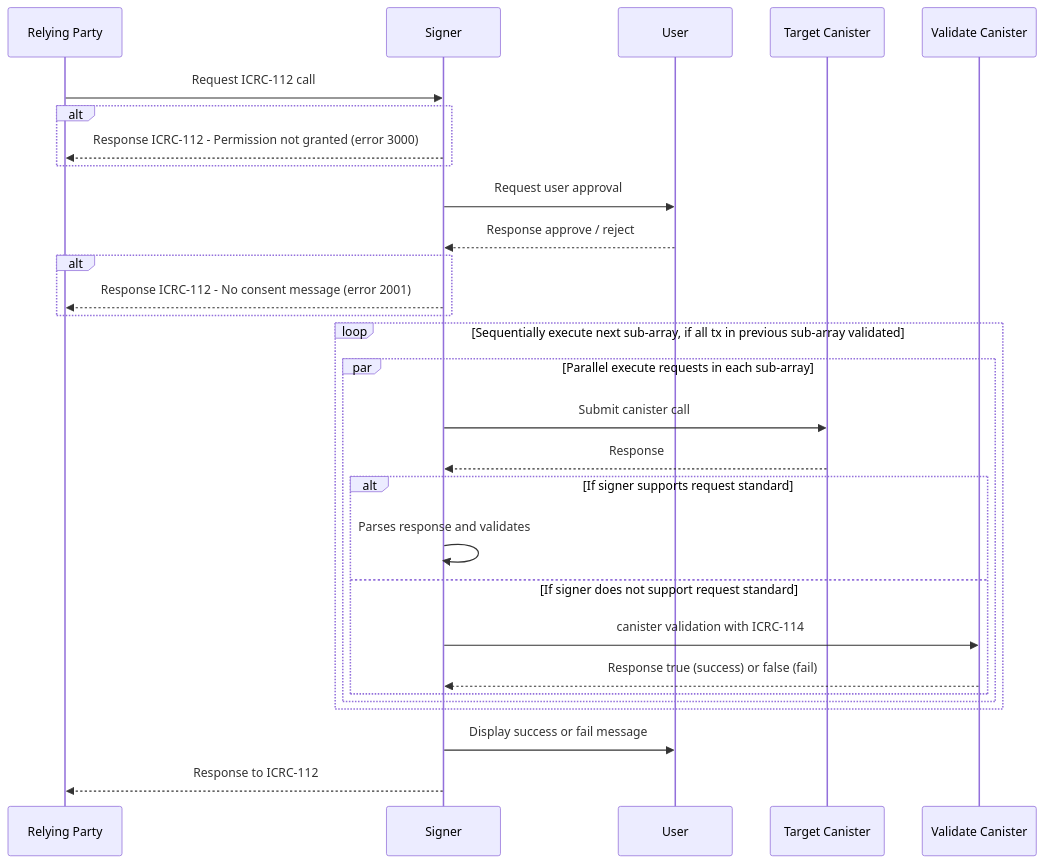
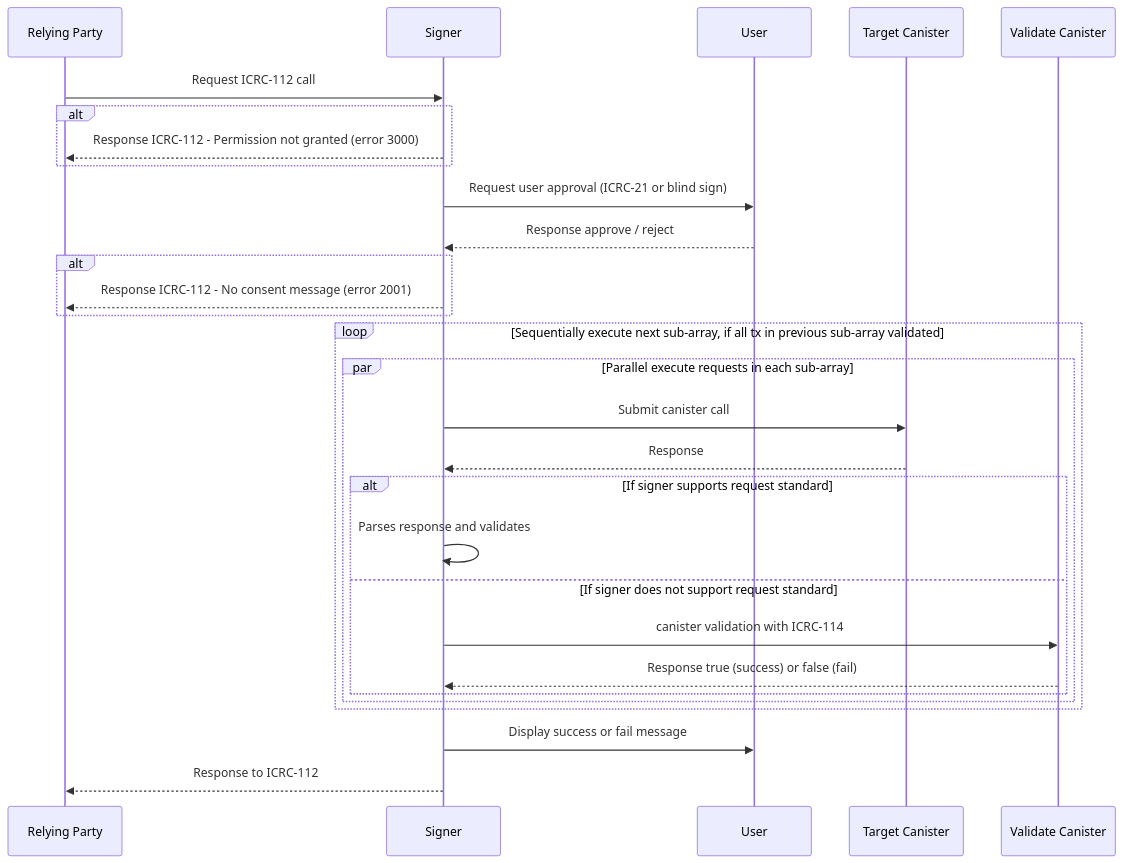
One commit to baolongt/wg-identity-authentication changed the diagram in topics/icrc_112_batch_canister_call.md. Above: the diagram before and after it, drawn with Mermaid.

````diff
--- a/topics/icrc_112_batch_canister_call.md
+++ b/topics/icrc_112_batch_canister_call.md
@@ -113,45 +113,45 @@
 ```mermaid
 sequenceDiagram
     participant RP as Relying Party
     participant S as Signer
     participant U as User
     participant C as Target Canister
     participant VC as Validate Canister
 
     RP ->> S: Request ICRC-112 call
     
     alt
         S -->> RP: Response ICRC-112 - Permission not granted (error 3000)
     end
 
-    S ->> U: Request user approval
+    S ->> U: Request user approval (ICRC-21 or blind sign)
     U -->> S: Response approve / reject
 
     alt
         S -->> RP: Response ICRC-112 - No consent message (error 2001)
     end
     
     
     
         
         loop Sequentially execute next sub-array, if all tx in previous sub-array validated
             par Parallel execute requests in each sub-array
                 S ->> C: Submit canister call
                 C -->> S: Response
         
 
                 %% validation only one in both validation
                 alt If signer supports request standard
                     S ->> S: Parses response and validates
                 else If signer does not support request standard
                     S ->> VC: canister validation with ICRC-114
                     VC -->> S: Response true (success) or false (fail)
                 end 
 
             end
     
         end
 
         S ->> U: Display success or fail message
         S -->> RP: Response to ICRC-112
 ```
````
